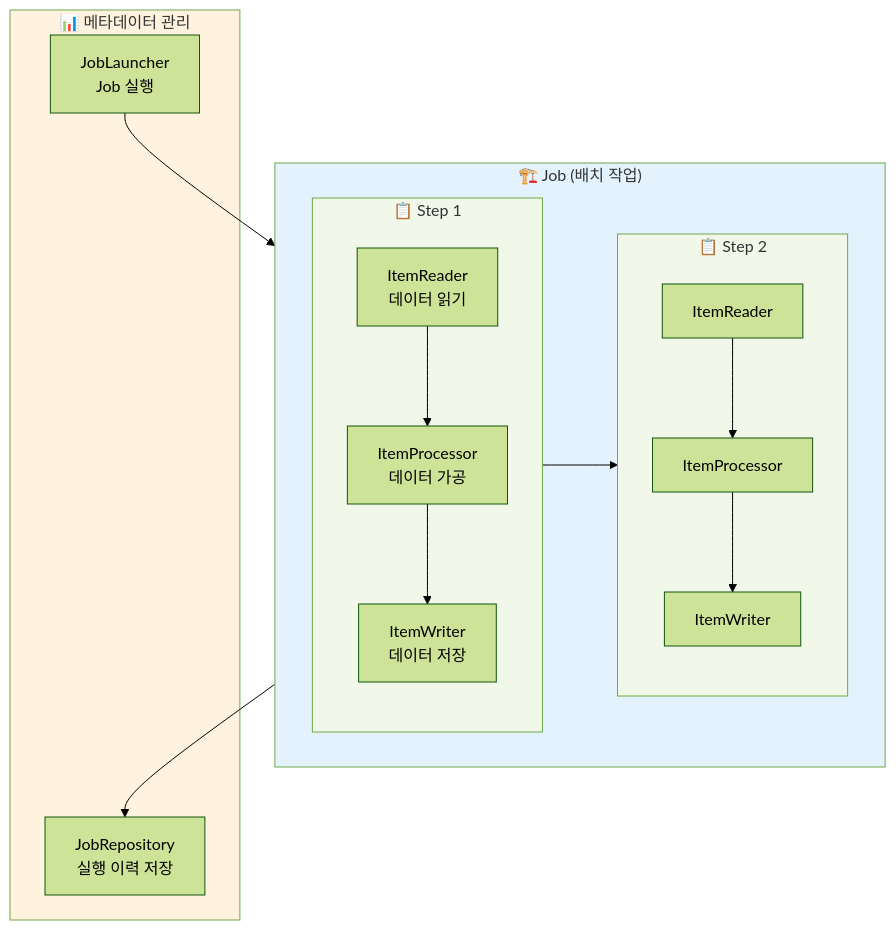
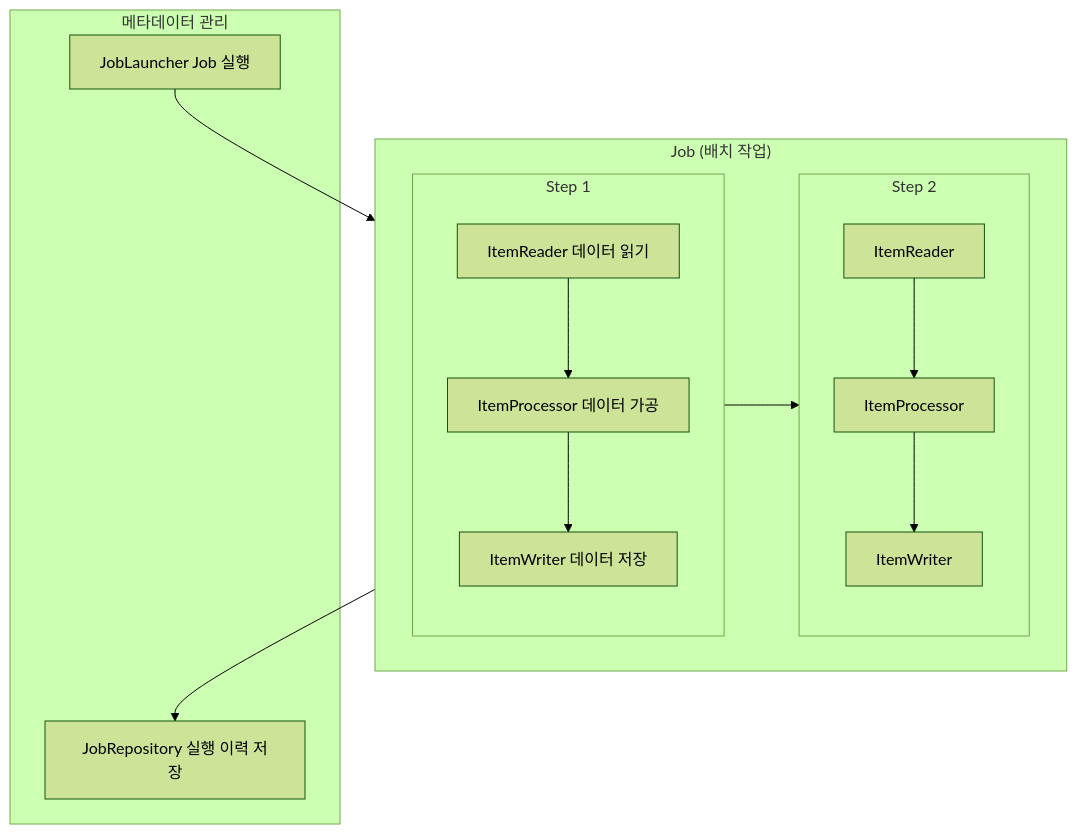
Before and after one commit to Jonny-Cho/jonny-cho.github.io: the second of 3 diagrams in content/spring/2025-07-27-spring-batch-chapter1-what-is-spring-batch.md, drawn with Mermaid (forest theme). The commit also changed other lines of this file and 1 other file, not shown here.

Commit message:
chore: mermaid에서 br 제거

````diff
--- a/content/spring/2025-07-27-spring-batch-chapter1-what-is-spring-batch.md
+++ b/content/spring/2025-07-27-spring-batch-chapter1-what-is-spring-batch.md
@@ -183,33 +183,28 @@
 ```mermaid
 graph TB
-    subgraph Job ["🏗️ Job (배치 작업)"]
-        subgraph Step1 ["📋 Step 1"]
-            Reader1[ItemReader<br/>데이터 읽기] 
-            Processor1[ItemProcessor<br/>데이터 가공]
-            Writer1[ItemWriter<br/>데이터 저장]
+    subgraph Job ["Job (배치 작업)"]
+        subgraph Step1 ["Step 1"]
+            Reader1[ItemReader 데이터 읽기] 
+            Processor1[ItemProcessor 데이터 가공]
+            Writer1[ItemWriter 데이터 저장]
             Reader1 --> Processor1 --> Writer1
         end
         
-        subgraph Step2 ["📋 Step 2"]
+        subgraph Step2 ["Step 2"]
             Reader2[ItemReader] 
             Processor2[ItemProcessor]
             Writer2[ItemWriter]
             Reader2 --> Processor2 --> Writer2
         end
         
         Step1 --> Step2
     end
     
-    subgraph Meta ["📊 메타데이터 관리"]
-        JobRepo[JobRepository<br/>실행 이력 저장]
-        JobLauncher[JobLauncher<br/>Job 실행]
+    subgraph Meta ["메타데이터 관리"]
+        JobLauncher[JobLauncher Job 실행]
+        JobRepo[JobRepository 실행 이력 저장]
     end
     
     JobLauncher --> Job
     Job --> JobRepo
-    
-    style Job fill:#e3f2fd
-    style Step1 fill:#f1f8e9
-    style Step2 fill:#f1f8e9
-    style Meta fill:#fff3e0
 ```
````
